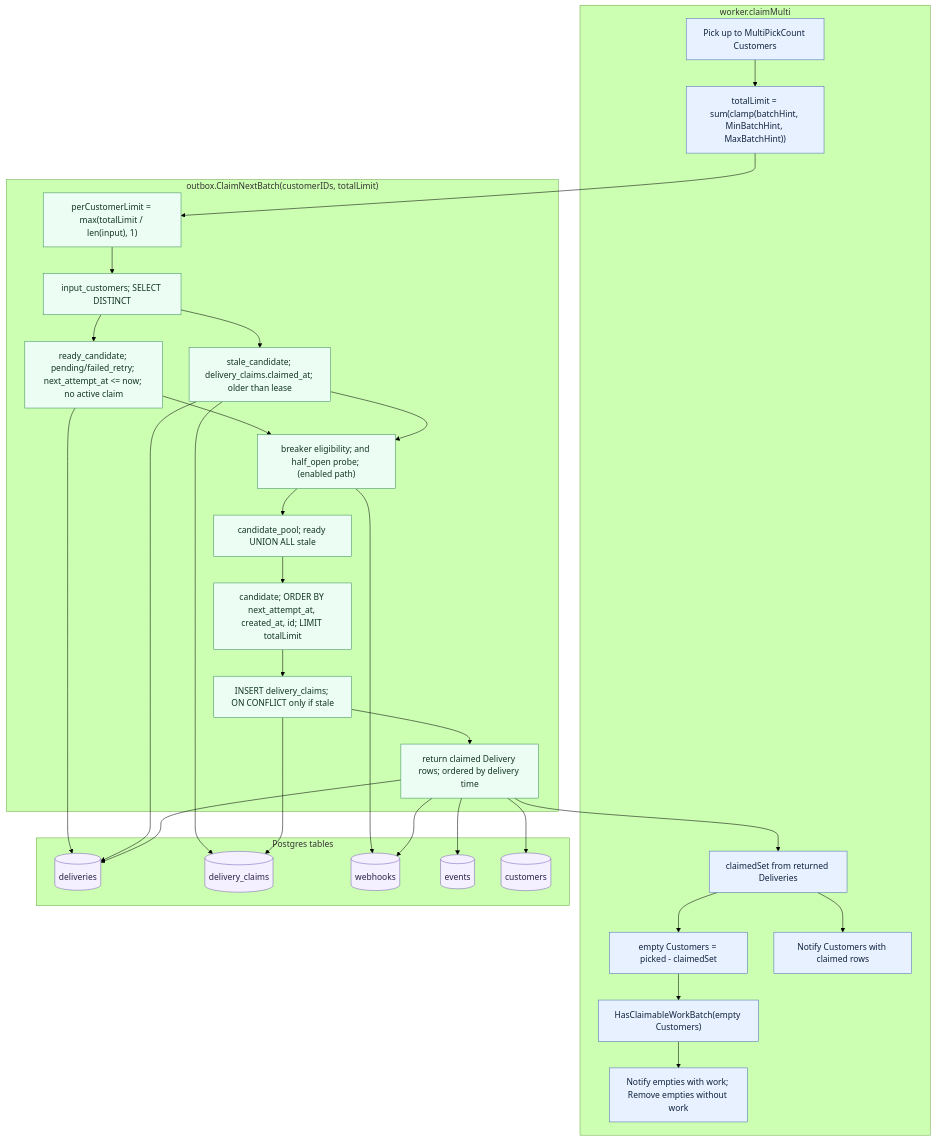
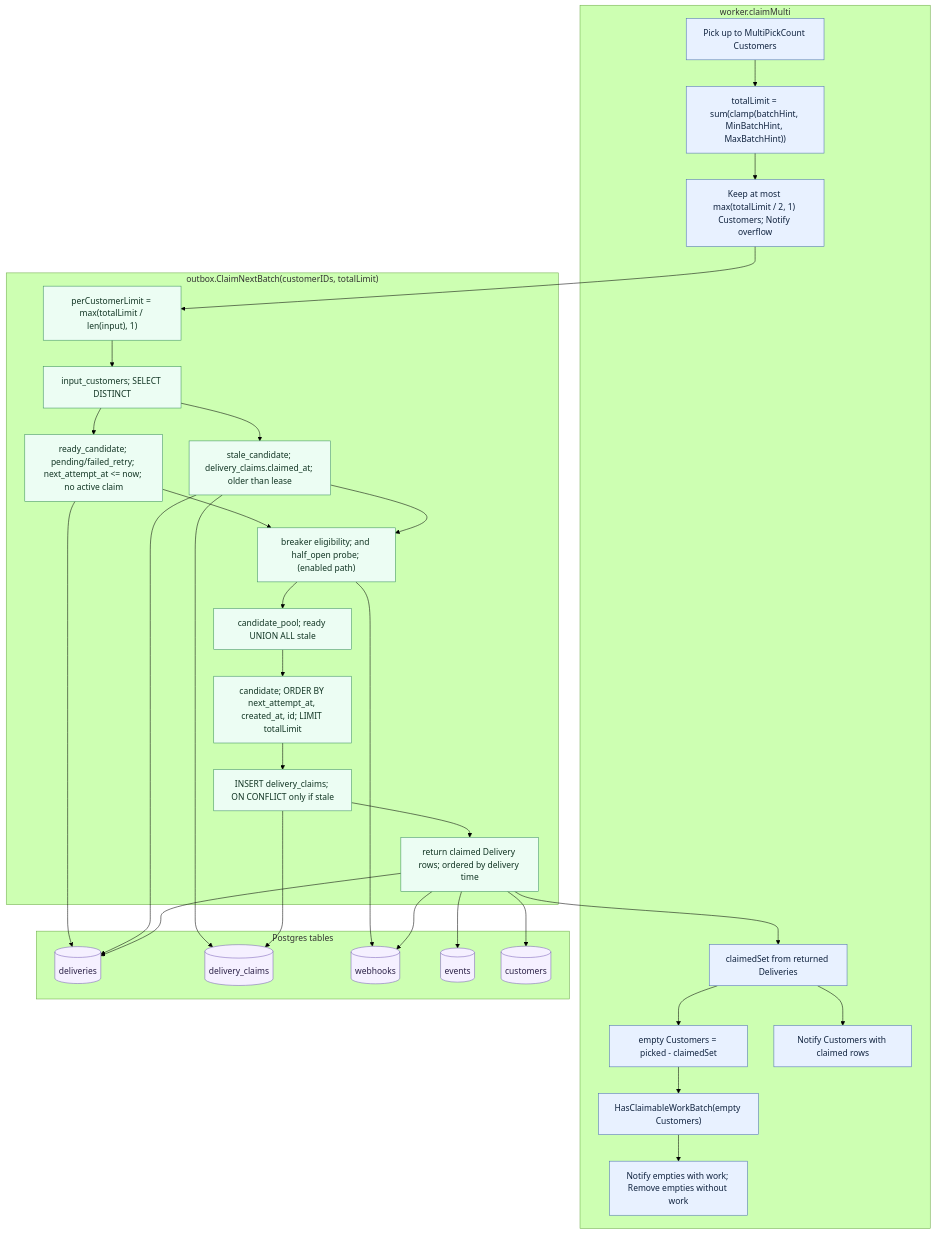
Before and after one commit to lvluu/webhook-notifier: the diagram in docs/animations/claim-next-batch.mmd, drawn with Mermaid (forest theme). The commit also changed 51 other files, not shown here.

```diff
--- a/docs/animations/claim-next-batch.mmd
+++ b/docs/animations/claim-next-batch.mmd
@@ -1,74 +1,78 @@
 flowchart TD
     %% Animation intent:
     %% 1. claimMulti co-picks several Customers from the process-local Scheduler.
-    %% 2. ClaimNextBatch computes a total limit and a per-Customer candidate cap.
-    %% 3. SQL de-duplicates input Customers.
-    %% 4. Each Customer contributes ready candidates and stale-claim candidates.
-    %% 5. Optional breaker filtering/probe handling happens inside the claim SQL.
-    %% 6. A final time-ordered cut chooses the batch; there is no per-Customer
+    %% 2. Worker trims the picked set when the total limit cannot provide at
+    %%    least two candidate slots per Customer, and re-notifies the overflow.
+    %% 3. ClaimNextBatch computes a per-Customer candidate cap.
+    %% 4. SQL de-duplicates input Customers.
+    %% 5. Each Customer contributes ready candidates and stale-claim candidates.
+    %% 6. Optional breaker filtering/probe handling happens inside the claim SQL.
+    %% 7. A final time-ordered cut chooses the batch; there is no per-Customer
     %%    return guarantee.
-    %% 7. Worker re-notifies Customers that produced rows, checks empty Customers
+    %% 8. Worker re-notifies Customers that produced rows, checks empty Customers
     %%    with HasClaimableWorkBatch, then Notify/Remove keeps rotation accurate.
 
     subgraph Worker["worker.claimMulti"]
       P["Pick up to MultiPickCount Customers"]
       TL["totalLimit = sum(clamp(batchHint, MinBatchHint, MaxBatchHint))"]
+      TRIM["Keep at most max(totalLimit / 2, 1) Customers; Notify overflow"]
       CS["claimedSet from returned Deliveries"]
       E["empty Customers = picked - claimedSet"]
       HW["HasClaimableWorkBatch(empty Customers)"]
       RN["Notify Customers with claimed rows"]
       ER["Notify empties with work; Remove empties without work"]
     end
 
     subgraph SQL["outbox.ClaimNextBatch(customerIDs, totalLimit)"]
       PC["perCustomerLimit = max(totalLimit / len(input), 1)"]
       U["input_customers; SELECT DISTINCT"]
       RC["ready_candidate; pending/failed_retry; next_attempt_at <= now; no active claim"]
       SC["stale_candidate; delivery_claims.claimed_at; older than lease"]
       BF["breaker eligibility; and half_open probe; (enabled path)"]
       POOL["candidate_pool; ready UNION ALL stale"]
       CUT["candidate; ORDER BY next_attempt_at, created_at, id; LIMIT totalLimit"]
       INS["INSERT delivery_claims; ON CONFLICT only if stale"]
       RET["return claimed Delivery rows; ordered by delivery time"]
     end
 
     subgraph Tables["Postgres tables"]
       DV[("deliveries")]
       DC[("delivery_claims")]
       WH[("webhooks")]
       EV[("events")]
       CU[("customers")]
     end
 
     P --> TL
-    TL --> PC
+    TL --> TRIM
+    TRIM --> PC
     PC --> U
     U --> RC
     U --> SC
     RC --> DV
     SC --> DC
     SC --> DV
     RC --> BF
     SC --> BF
     BF --> WH
     BF --> POOL
     POOL --> CUT
     CUT --> INS
     INS --> DC
     INS --> RET
     RET --> DV
     RET --> EV
     RET --> WH
     RET --> CU
     RET --> CS
     CS --> RN
     CS --> E
     E --> HW
     HW --> ER
 
     classDef worker fill:#e8f1ff,stroke:#4d6fb3,color:#10233f;
     classDef sql fill:#ecfdf3,stroke:#3b8f5f,color:#123524;
     classDef db fill:#f5f0ff,stroke:#7b61b8,color:#2b2147;
-    class P,TL,CS,E,HW,RN,ER worker;
+    class P,TL,TRIM,CS,E,HW,RN,ER worker;
     class PC,U,RC,SC,BF,POOL,CUT,INS,RET sql;
     class DV,DC,WH,EV,CU db;
```
